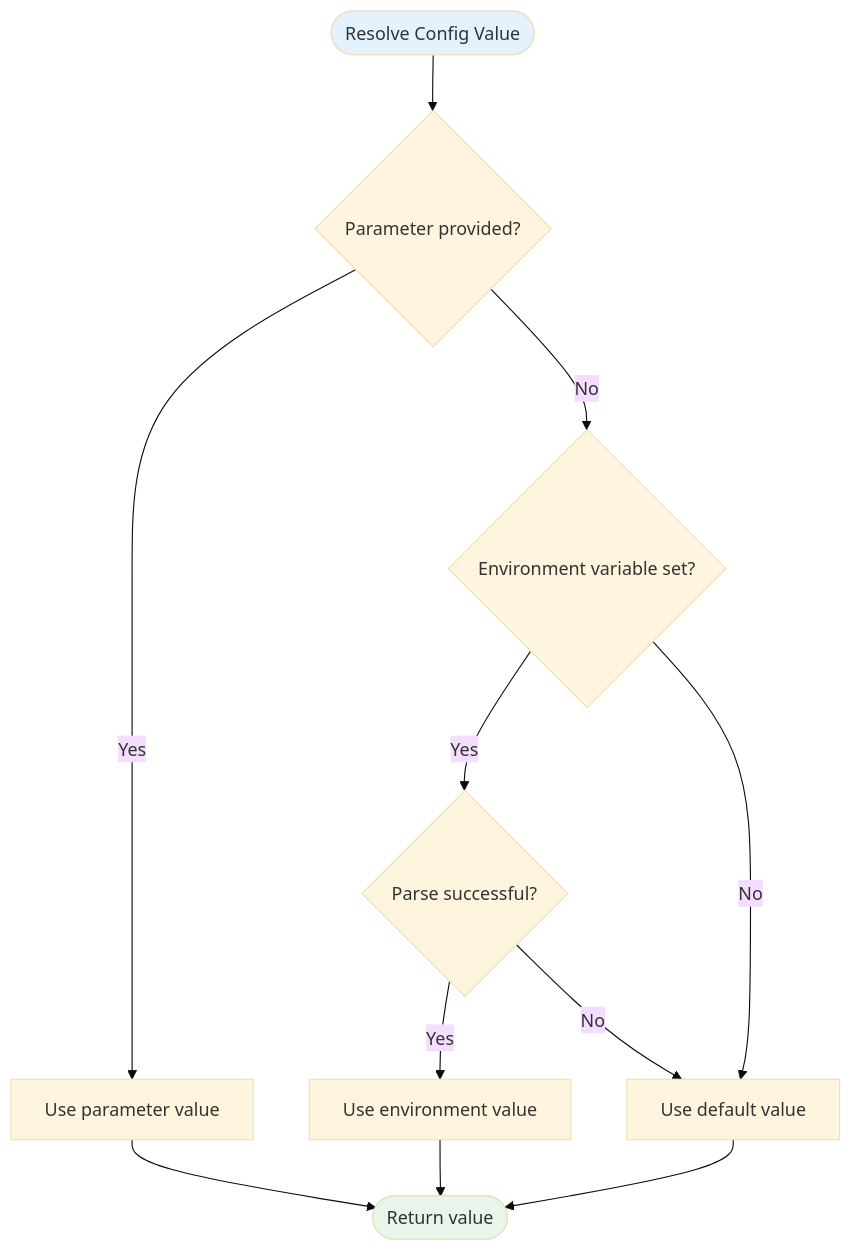
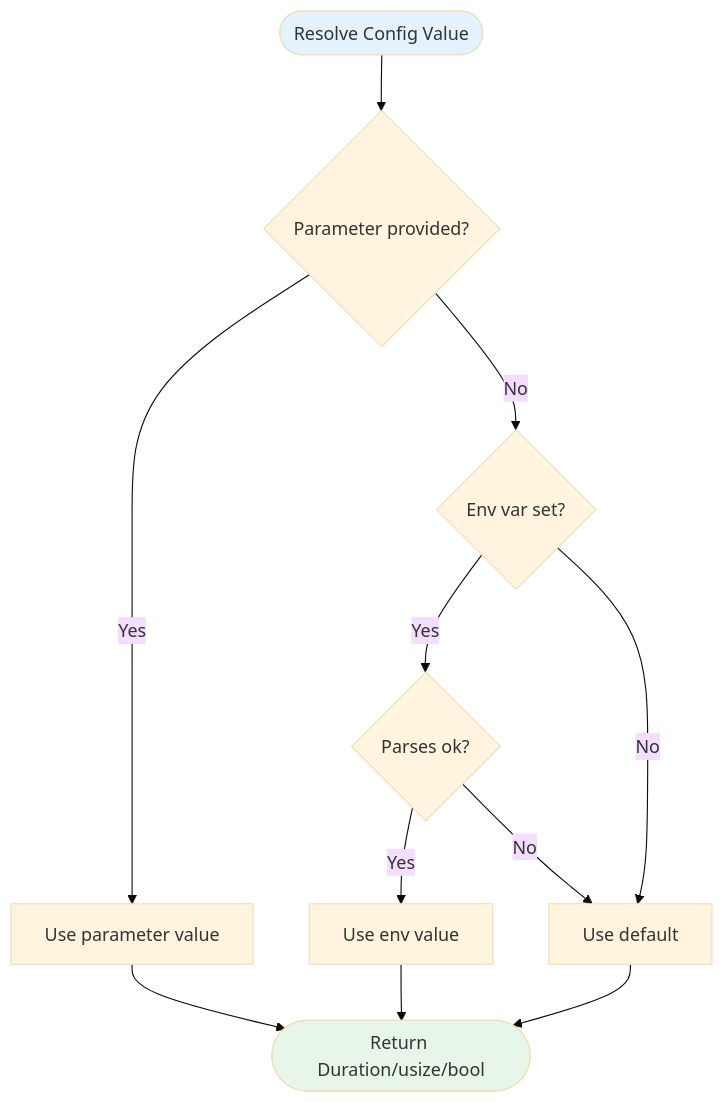
One commit to farchanjo/ssh-mcp changed the fourth of 24 diagrams in docs/FLOWS.md. Above: the diagram before and after it, drawn with Mermaid (base theme). The commit also changed other lines of this file and 5 other files, not shown here.

````diff
--- a/docs/FLOWS.md
+++ b/docs/FLOWS.md
@@ -176,20 +195,20 @@
 ```mermaid
 flowchart TD
     Start([Resolve Config Value]) --> CheckParam{Parameter provided?}
 
     CheckParam -->|Yes| UseParam[Use parameter value]
-    CheckParam -->|No| CheckEnv{Environment variable set?}
+    CheckParam -->|No| CheckEnv{Env var set?}
 
-    CheckEnv -->|Yes| ParseEnv{Parse successful?}
-    CheckEnv -->|No| UseDefault[Use default value]
+    CheckEnv -->|Yes| ParseEnv{Parses ok?}
+    CheckEnv -->|No| UseDefault[Use default]
 
-    ParseEnv -->|Yes| UseEnv[Use environment value]
+    ParseEnv -->|Yes| UseEnv[Use env value]
     ParseEnv -->|No| UseDefault
 
-    UseParam --> Return([Return value])
+    UseParam --> Return([Return Duration/usize/bool])
     UseEnv --> Return
     UseDefault --> Return
 
     style Start fill:#e3f2fd
     style Return fill:#e8f5e9
 ```
````
